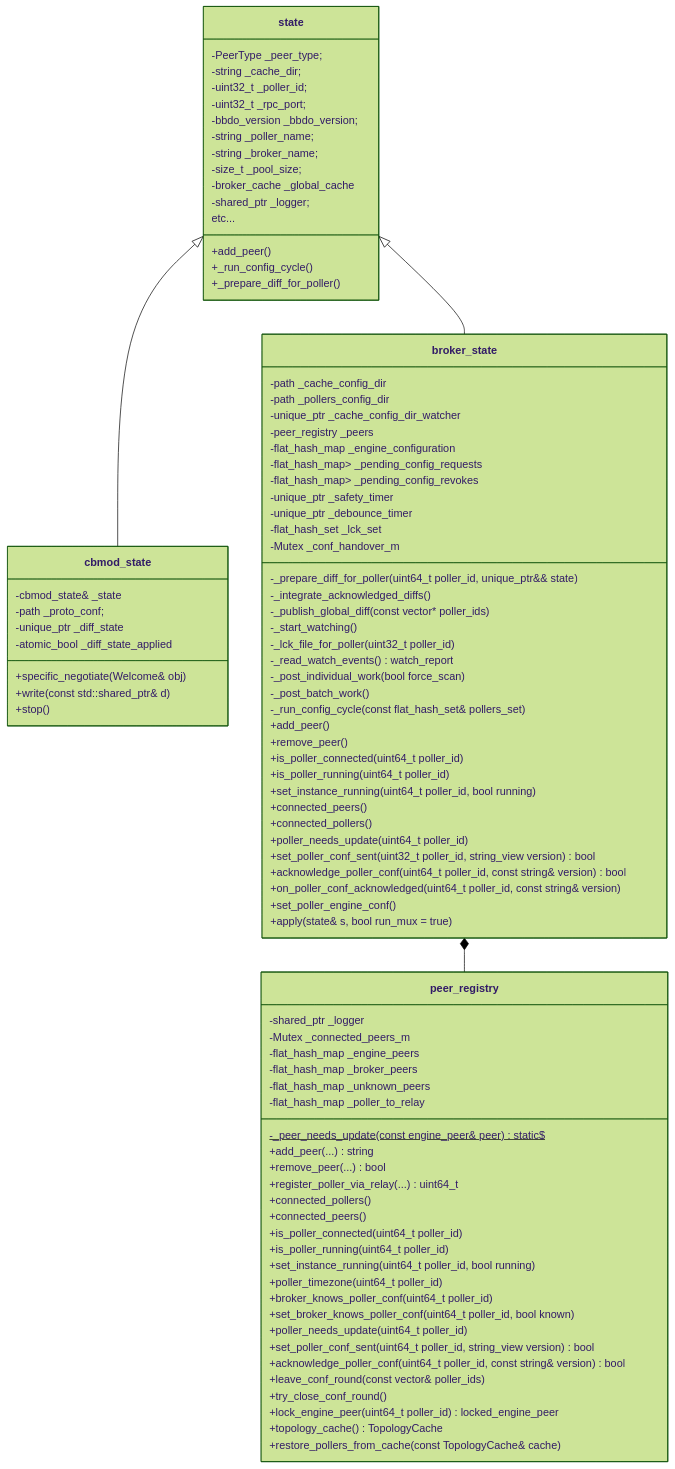
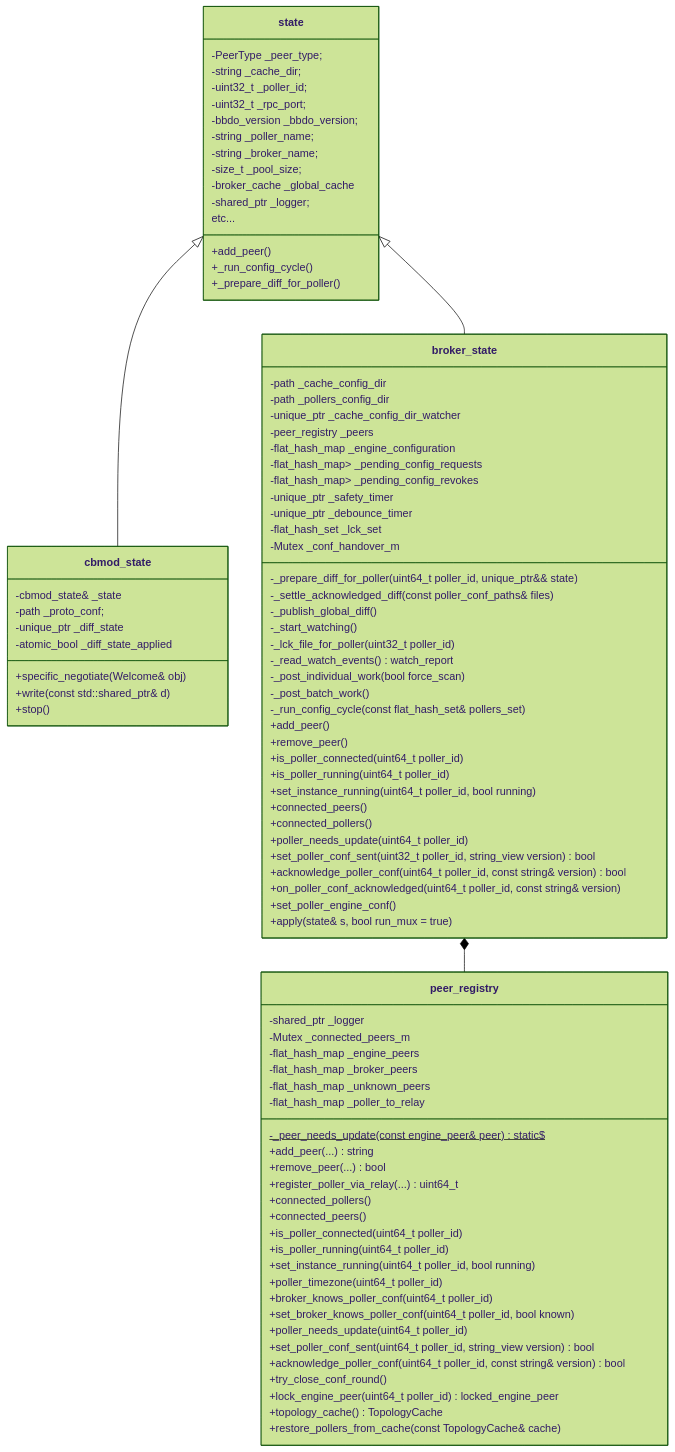
One commit to centreon/centreon-collect changed the ninth of 13 diagrams in doc/nego-engine-broker/02-configuration-delivery-en.md. Above: the diagram before and after it, drawn with Mermaid (forest theme). The commit also changed other lines of this file and 7 other files, not shown here.

Commit message:
chore(doc): poller conf delivery doc updated

```diff
--- a/doc/nego-engine-broker/02-configuration-delivery-en.md
+++ b/doc/nego-engine-broker/02-configuration-delivery-en.md
@@ -604,7 +587,6 @@
         +poller_needs_update(uint64_t poller_id)
         +set_poller_conf_sent(uint64_t poller_id, string_view version) bool
         +acknowledge_poller_conf(uint64_t poller_id, const string& version) bool
-        +leave_conf_round(const vector<uint64_t>& poller_ids)
         +try_close_conf_round()
         +lock_engine_peer(uint64_t poller_id) locked_engine_peer
         +topology_cache() TopologyCache
@@ -623,8 +605,8 @@
         -flat_hash_set<uint32_t> _lck_set
         -Mutex _conf_handover_m
         -_prepare_diff_for_poller(uint64_t poller_id, unique_ptr<State>&& state)
-        -_integrate_acknowledged_diffs()
-        -_publish_global_diff(const vector<uint64_t>* poller_ids)
+        -_settle_acknowledged_diff(const poller_conf_paths& files)
+        -_publish_global_diff()
         -_start_watching()
         -_lck_file_for_poller(uint32_t poller_id)
         -_read_watch_events() watch_report
```
